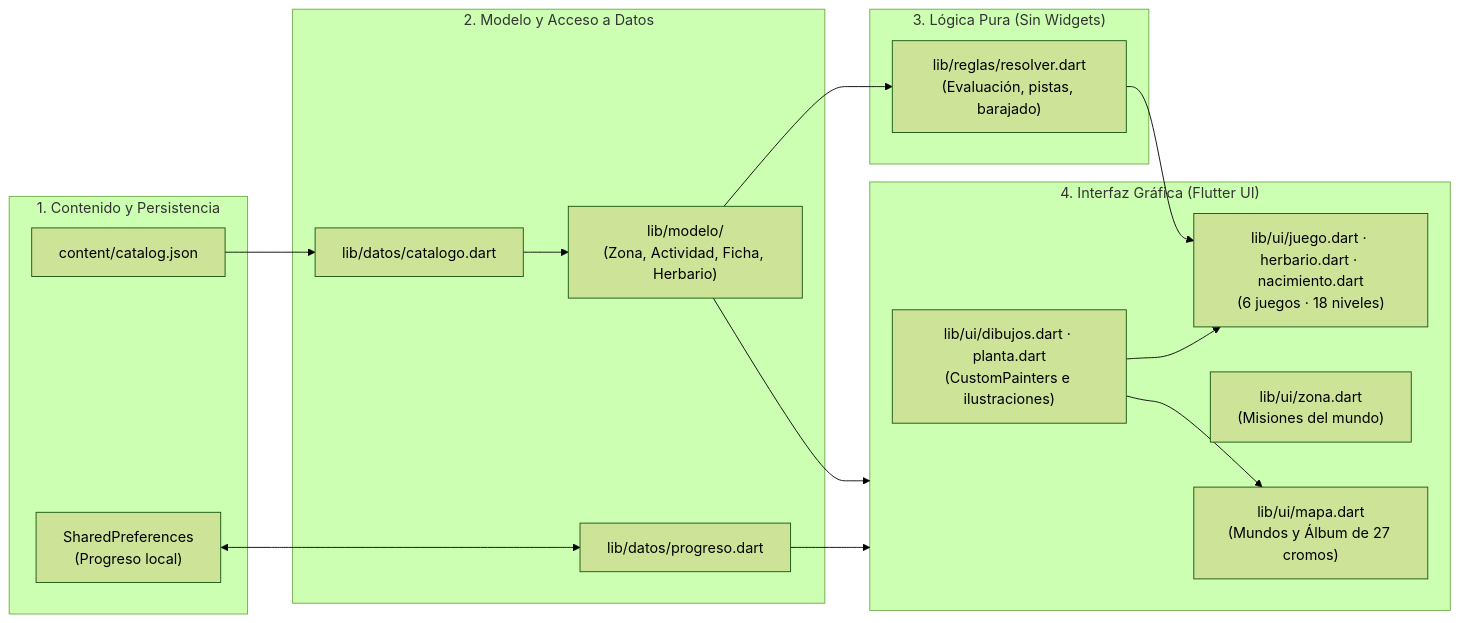
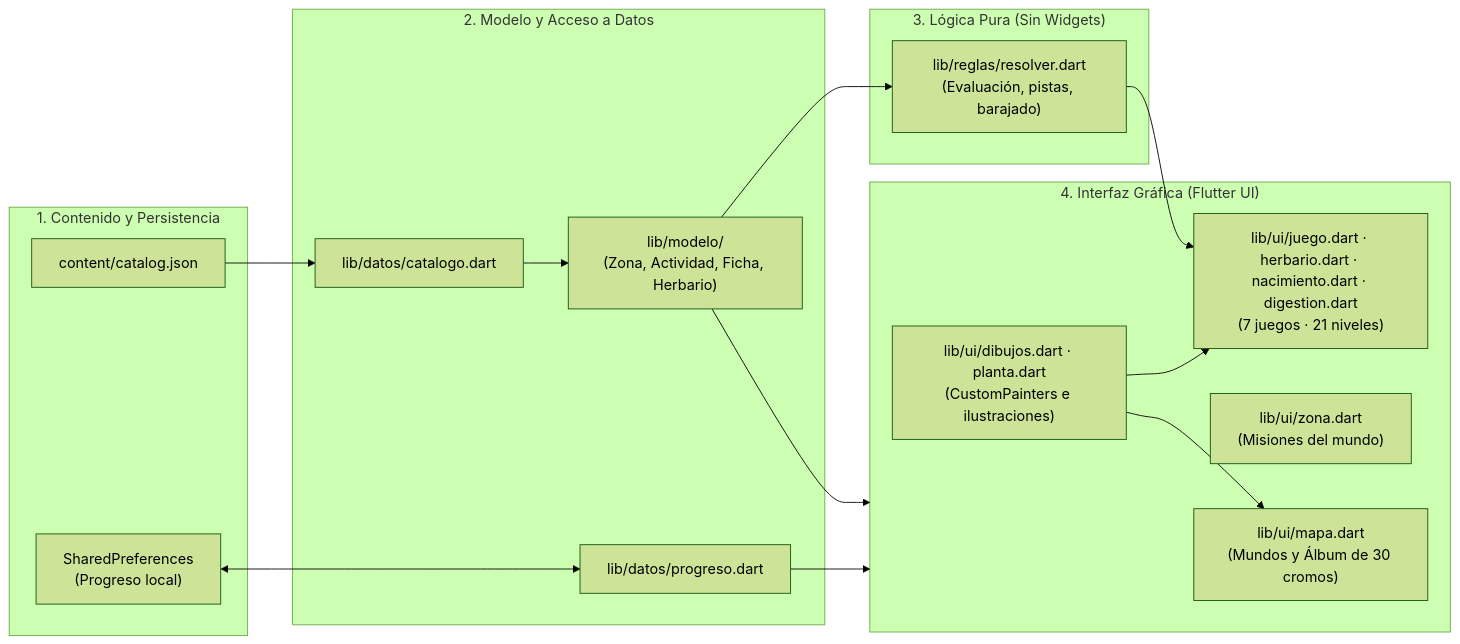
The first of 2 diagrams in README.md (imoroc/NaturalMente), drawn with Mermaid (forest theme) before and after one commit. The commit also changed other lines of this file and 20 other files, not shown here.

First line of the commit message:
Añade el juego «El viaje de la comida» a Dentro de mí con sus tres niveles.

````diff
--- a/README.md
+++ b/README.md
@@ -64,34 +65,34 @@
 ```mermaid
 flowchart LR
   subgraph Datos["1. Contenido y Persistencia"]
     JSON["content/catalog.json"]
     PREFS["SharedPreferences\n(Progreso local)"]
   end
 
   subgraph Dominio["2. Modelo y Acceso a Datos"]
     CAT["lib/datos/catalogo.dart"]
     PROG["lib/datos/progreso.dart"]
     MOD["lib/modelo/\n(Zona, Actividad, Ficha, Herbario)"]
   end
 
   subgraph Reglas["3. Lógica Pura (Sin Widgets)"]
     RES["lib/reglas/resolver.dart\n(Evaluación, pistas, barajado)"]
   end
 
   subgraph Interfaz["4. Interfaz Gráfica (Flutter UI)"]
-    MAPA["lib/ui/mapa.dart\n(Mundos y Álbum de 27 cromos)"]
+    MAPA["lib/ui/mapa.dart\n(Mundos y Álbum de 30 cromos)"]
     ZONA["lib/ui/zona.dart\n(Misiones del mundo)"]
-    JUEGO["lib/ui/juego.dart · herbario.dart · nacimiento.dart\n(6 juegos · 18 niveles)"]
+    JUEGO["lib/ui/juego.dart · herbario.dart · nacimiento.dart · digestion.dart\n(7 juegos · 21 niveles)"]
     DIB["lib/ui/dibujos.dart · planta.dart\n(CustomPainters e ilustraciones)"]
   end
 
   JSON --> CAT
   PREFS <--> PROG
   CAT --> MOD
   MOD --> RES
   MOD --> Interfaz
   PROG --> Interfaz
   RES --> JUEGO
   DIB --> JUEGO
   DIB --> MAPA
 ```
````
